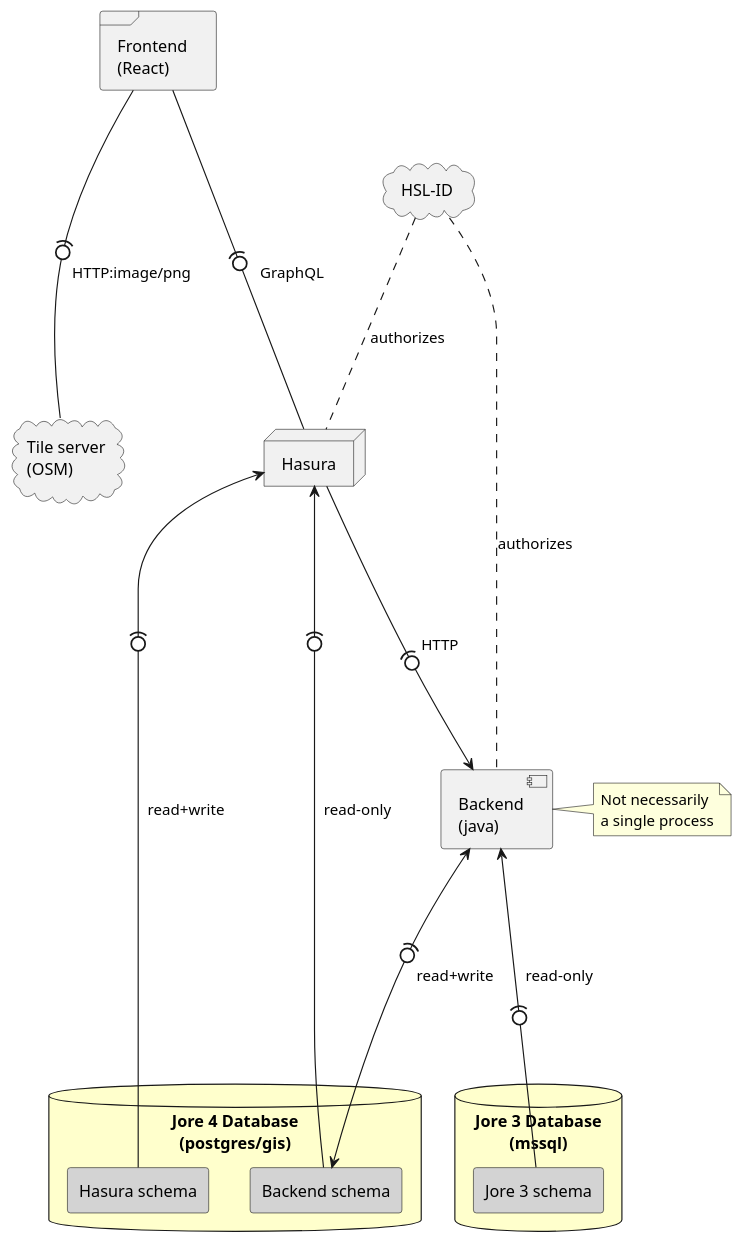
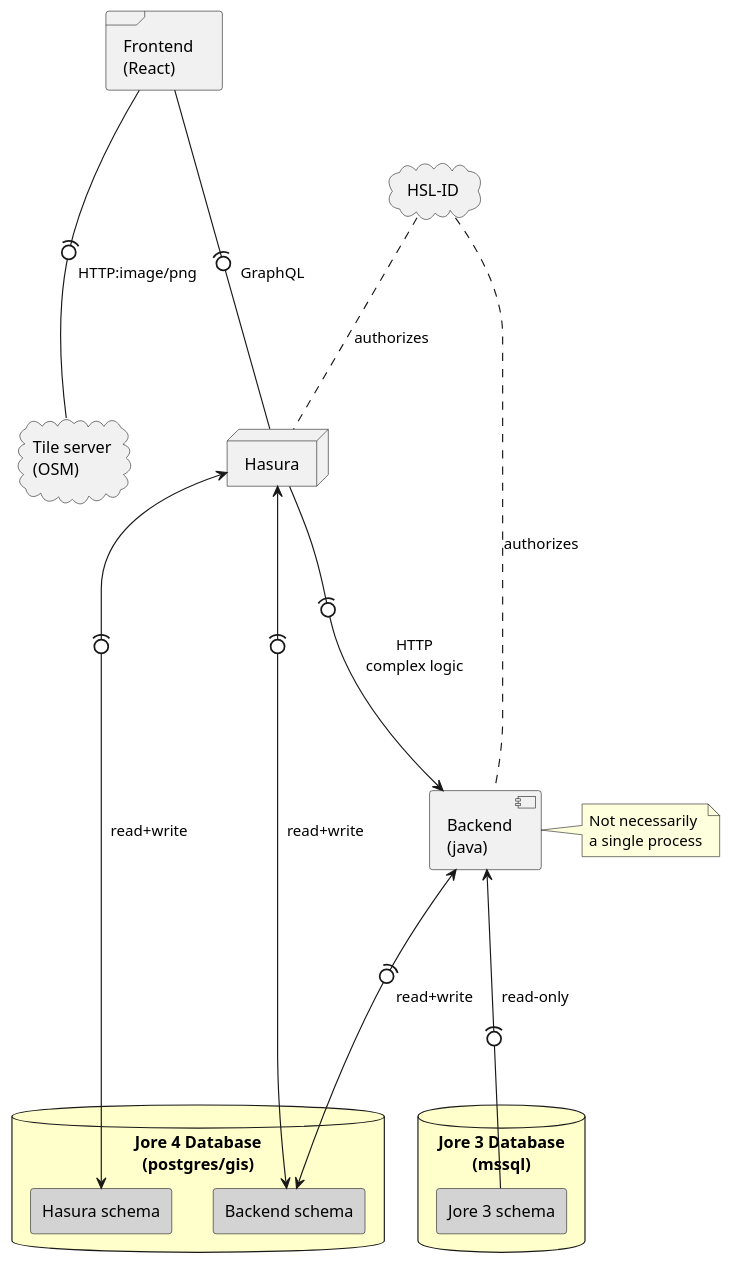
One commit to HSLdevcom/jore4 changed the diagram in wiki/images/architecture.puml. Above: the diagram before and after it, drawn with PlantUML.

Commit message:
Update Hasura connections

```diff
--- a/wiki/images/architecture.puml
+++ b/wiki/images/architecture.puml
@@ -1,42 +1,42 @@
 @startuml
 'https://plantuml.com/deployment-diagram
 
 database "Jore 4 Database\n(postgres/gis)" as db #business {
     rectangle "Hasura schema" as hasuraschema #lightgray
     rectangle "Backend schema" as backendschema #lightgray
 }
 
 database "Jore 3 Database\n(mssql)" as legacydb #business {
     rectangle "Jore 3 schema" as legacyschema #lightgray
 }
 
 node "Hasura" as hasura
 
 frame "Frontend\n(React)" as frontend
 
 component "Backend\n(java)" as backend
 
 cloud "HSL-ID" as hslid
 
 cloud "Tile server\n(OSM)" as tile
 
 note right of backend : Not necessarily\na single process
 
 frontend --(0-- hasura : GraphQL
 
 frontend --(0-- tile : HTTP:image/png
 
-hasura <--(0-- backendschema : read-only
+hasura <--(0--> backendschema : read+write
 
-hasura <--(0-- hasuraschema : read+write
+hasura <--(0--> hasuraschema : read+write
 
 backend <--(0--> backendschema : read+write
 
 backend <--(0-- legacyschema : read-only
 
-hasura --(0--> backend : HTTP
+hasura --(0--> backend : "HTTP\ncomplex logic"
 
 hslid ... backend : authorizes
 hslid ... hasura : authorizes
 
 @enduml
```
